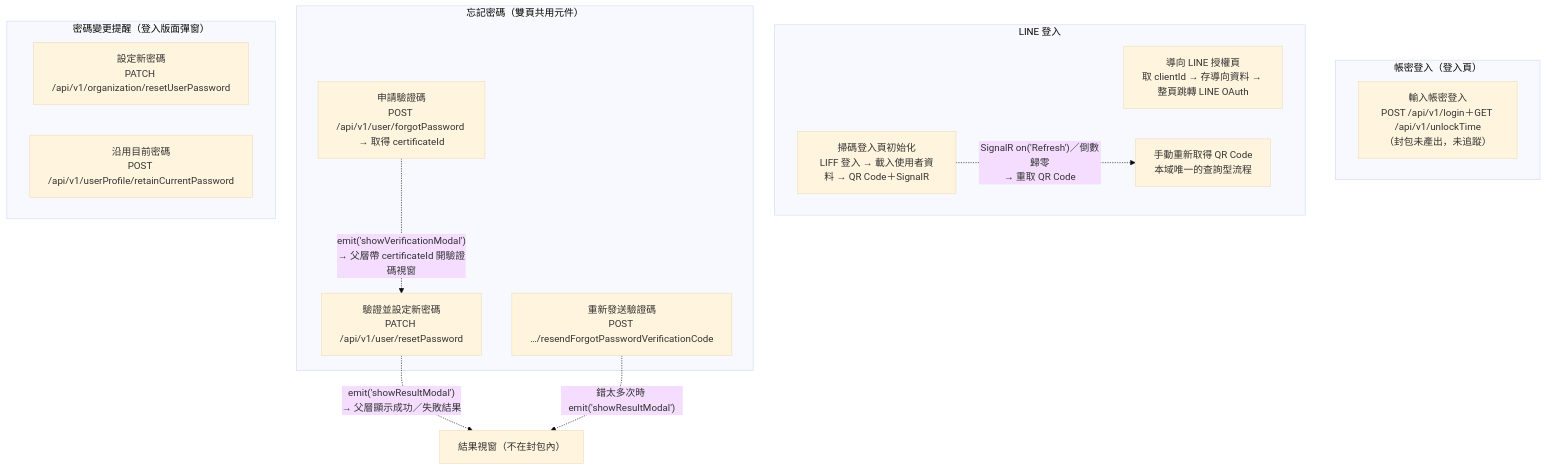
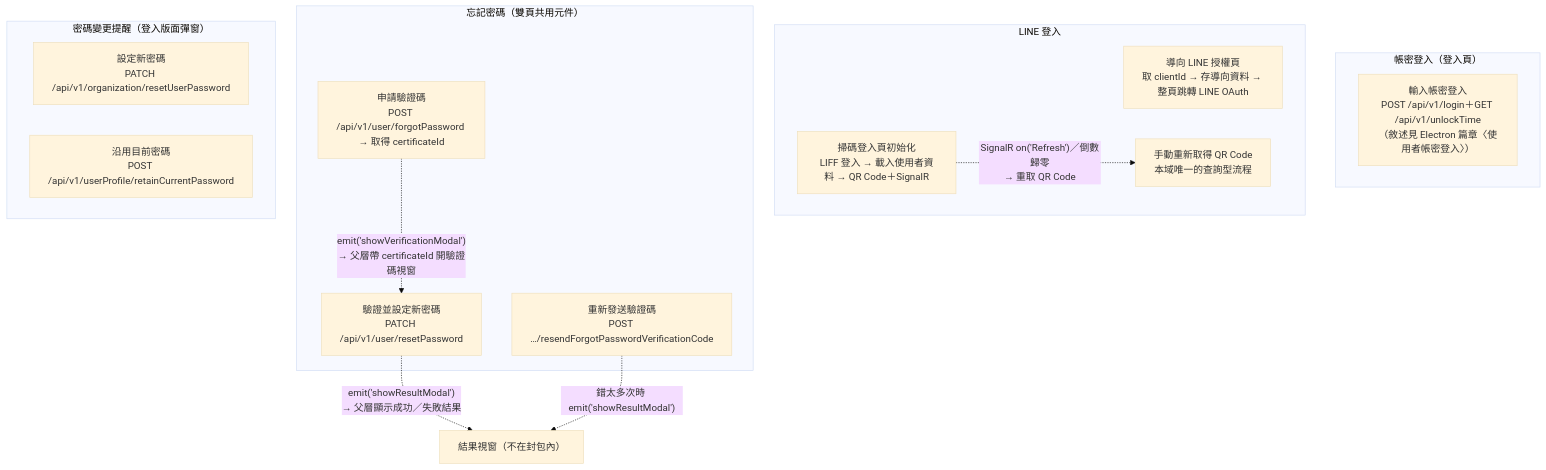
One commit to james-0512/flow-doc changed the diagram in manuals/overviews/Login.md. Above: the diagram before and after it, drawn with Mermaid (base theme). The commit also changed other lines of this file and 5 other files, not shown here.

````diff
--- a/manuals/overviews/Login.md
+++ b/manuals/overviews/Login.md
@@ -13,28 +15,28 @@
 ```mermaid
 flowchart TD
     subgraph PW ["帳密登入（登入頁）"]
-        P1["輸入帳密登入<br>POST /api/v1/login＋GET /api/v1/unlockTime<br>（封包未產出，未追蹤）"]
+        P1["輸入帳密登入<br>POST /api/v1/login＋GET /api/v1/unlockTime<br>（敘述見 Electron 篇章〈使用者帳密登入〉）"]
     end
 
     subgraph LN ["LINE 登入"]
         L1["導向 LINE 授權頁<br>取 clientId → 存導向資料 → 整頁跳轉 LINE OAuth"]
         L2["掃碼登入頁初始化<br>LIFF 登入 → 載入使用者資料 → QR Code＋SignalR"]
         L3["手動重新取得 QR Code<br>本域唯一的查詢型流程"]
     end
 
     subgraph FP ["忘記密碼（雙頁共用元件）"]
         F1["申請驗證碼<br>POST /api/v1/user/forgotPassword → 取得 certificateId"]
         F2["驗證並設定新密碼<br>PATCH /api/v1/user/resetPassword"]
         F3["重新發送驗證碼<br>POST …/resendForgotPasswordVerificationCode"]
     end
 
     subgraph RP ["密碼變更提醒（登入版面彈窗）"]
         R1["設定新密碼<br>PATCH /api/v1/organization/resetUserPassword"]
         R2["沿用目前密碼<br>POST /api/v1/userProfile/retainCurrentPassword"]
     end
 
     F1 -.->|"emit('showVerificationModal')<br>→ 父層帶 certificateId 開驗證碼視窗"| F2
     F2 -.->|"emit('showResultModal')<br>→ 父層顯示成功／失敗結果"| FR["結果視窗（不在封包內）"]
     F3 -.->|"錯太多次時 emit('showResultModal')"| FR
     L2 -.->|"SignalR on('Refresh')／倒數歸零<br>→ 重取 QR Code"| L3
 ```
````
